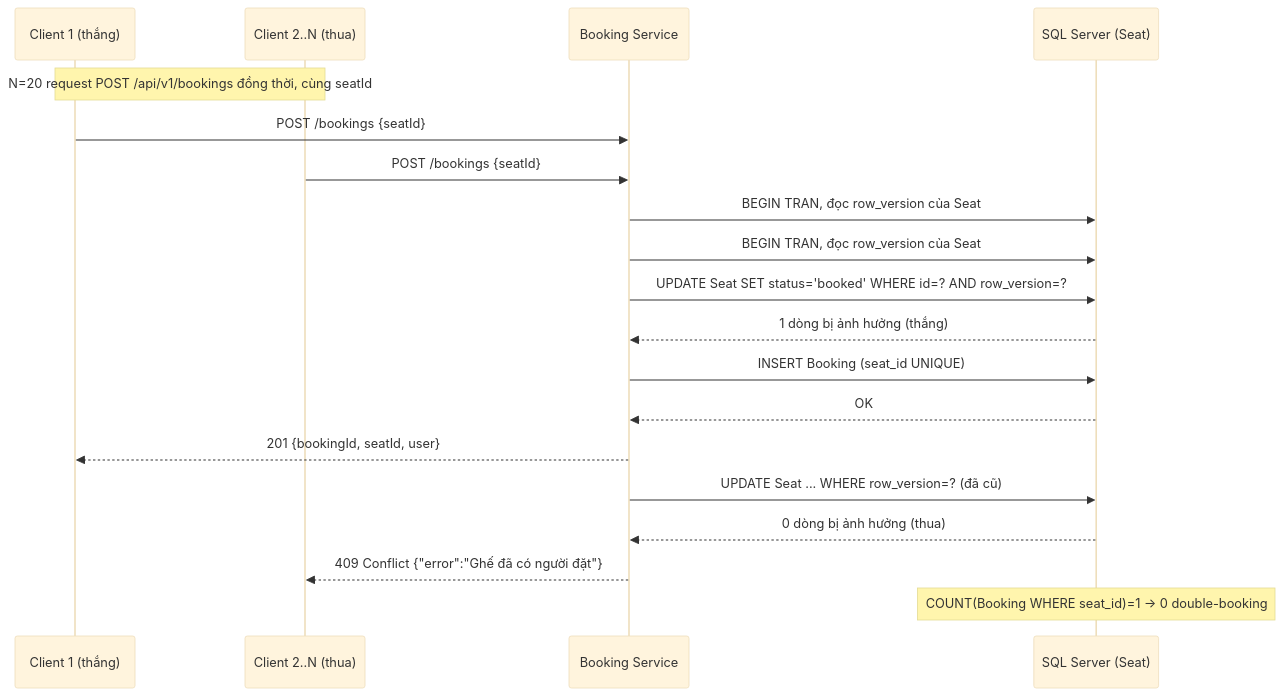
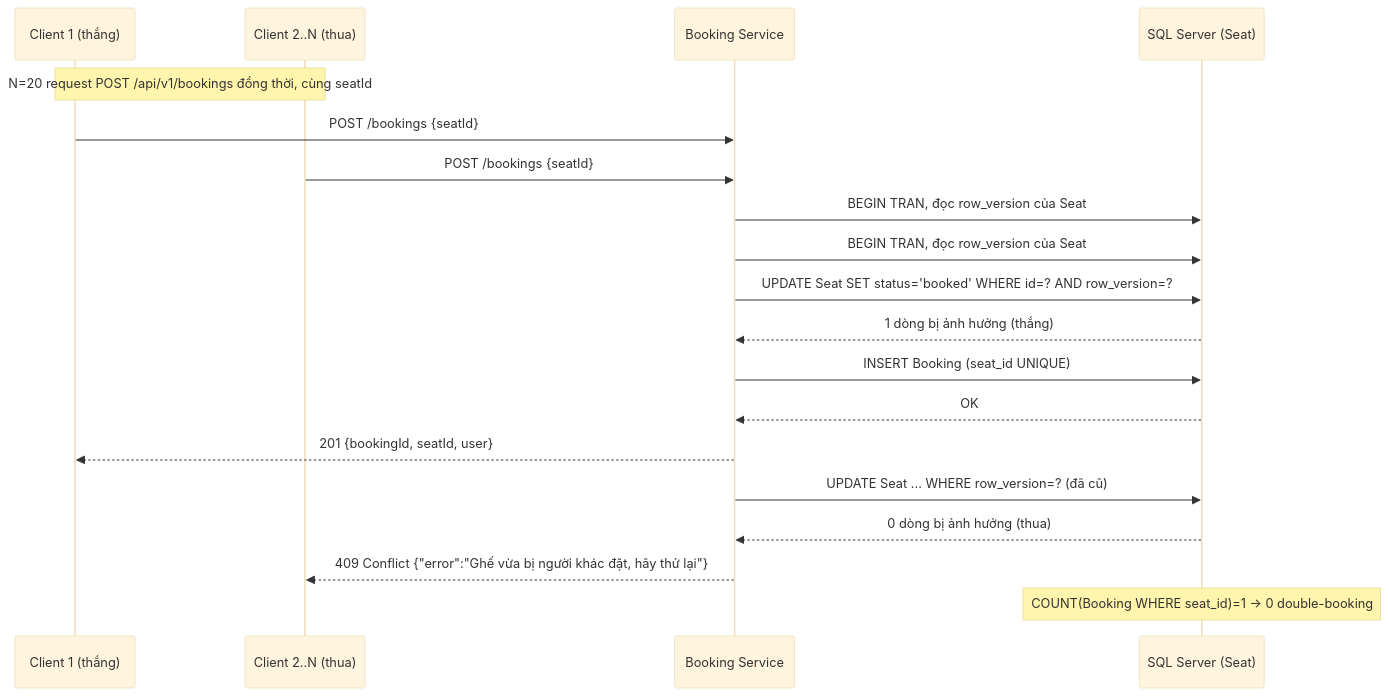
One commit to HugoLee12/event-ticket-booking changed the diagram in docs/report/03-concurrency-resilience.md. Above: the diagram before and after it, drawn with Mermaid (base theme). The commit also changed other lines of this file and 6 other files, not shown here.

````diff
--- a/docs/report/03-concurrency-resilience.md
+++ b/docs/report/03-concurrency-resilience.md
@@ -98,22 +98,22 @@
 ```mermaid
 sequenceDiagram
     participant C1 as Client 1 (thắng)
     participant Cn as Client 2..N (thua)
     participant B as Booking Service
     participant DB as SQL Server (Seat)
 
     Note over C1,Cn: N=20 request POST /api/v1/bookings đồng thời, cùng seatId
     C1->>B: POST /bookings {seatId}
     Cn->>B: POST /bookings {seatId}
     B->>DB: BEGIN TRAN, đọc row_version của Seat
     B->>DB: BEGIN TRAN, đọc row_version của Seat
     B->>DB: UPDATE Seat SET status='booked' WHERE id=? AND row_version=?
     DB-->>B: 1 dòng bị ảnh hưởng (thắng)
     B->>DB: INSERT Booking (seat_id UNIQUE)
     DB-->>B: OK
     B-->>C1: 201 {bookingId, seatId, user}
     B->>DB: UPDATE Seat ... WHERE row_version=? (đã cũ)
     DB-->>B: 0 dòng bị ảnh hưởng (thua)
-    B-->>Cn: 409 Conflict {"error":"Ghế đã có người đặt"}
+    B-->>Cn: 409 Conflict {"error":"Ghế vừa bị người khác đặt, hãy thử lại"}
     Note over DB: COUNT(Booking WHERE seat_id)=1 -> 0 double-booking
 ```
````
